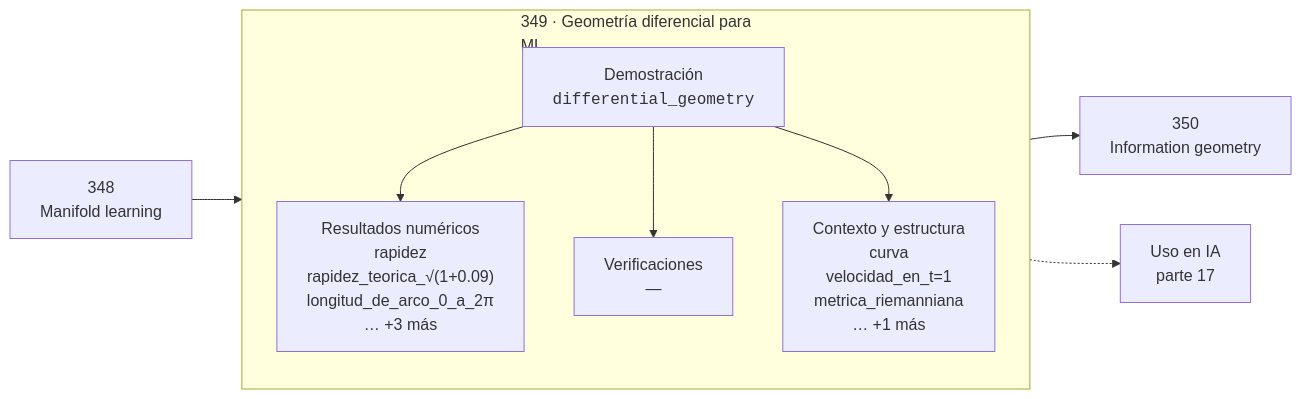
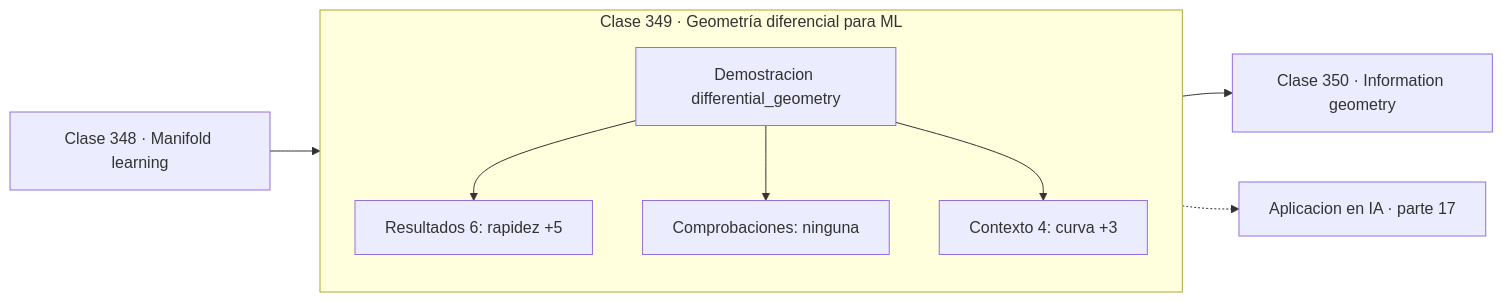
One commit to vladimiracunadev-create/computational-mathematics-program changed the diagram in classes/part-17-frontera-matematica-para-ia-e-investigacion/349-geometria-diferencial-para-ml/README.md. Above: the diagram before and after it, drawn with Mermaid. The commit also changed 389 other files, not shown here.

First line of the commit message:
fix(diagramas): elimina el HTML de las etiquetas Mermaid

````diff
--- a/classes/part-17-frontera-matematica-para-ia-e-investigacion/349-geometria-diferencial-para-ml/README.md
+++ b/classes/part-17-frontera-matematica-para-ia-e-investigacion/349-geometria-diferencial-para-ml/README.md
@@ -30,12 +30,13 @@
 ```mermaid
 flowchart LR
-    P["348<br/>Manifold learning"] --> C
-    subgraph C["349 · Geometría diferencial para<br/>ML"]
+    P["Clase 348 · Manifold learning"] --> D
+    subgraph CLASE["Clase 349 · Geometría diferencial para ML"]
         direction TB
-        D["Demostración<br/><code>differential_geometry</code>"] --> R["Resultados numéricos<br/>rapidez<br/>rapidez_teorica_√(1+0.09)<br/>longitud_de_arco_0_a_2π<br/>… +3 más"]
-        D --> V["Verificaciones<br/>—"]
-        D --> O["Contexto y estructura<br/>curva<br/>velocidad_en_t=1<br/>metrica_riemanniana<br/>… +1 más"]
+        D["Demostracion differential_geometry"]
+        D --> R["Resultados 6: rapidez +5"]
+        D --> V["Comprobaciones: ninguna"]
+        D --> O["Contexto 4: curva +3"]
     end
-    C --> N["350<br/>Information geometry"]
-    C -.-> IA["Uso en IA<br/>parte 17"]
+    R --> N["Clase 350 · Information geometry"]
+    V -.-> IA["Aplicacion en IA · parte 17"]
 ```
````
